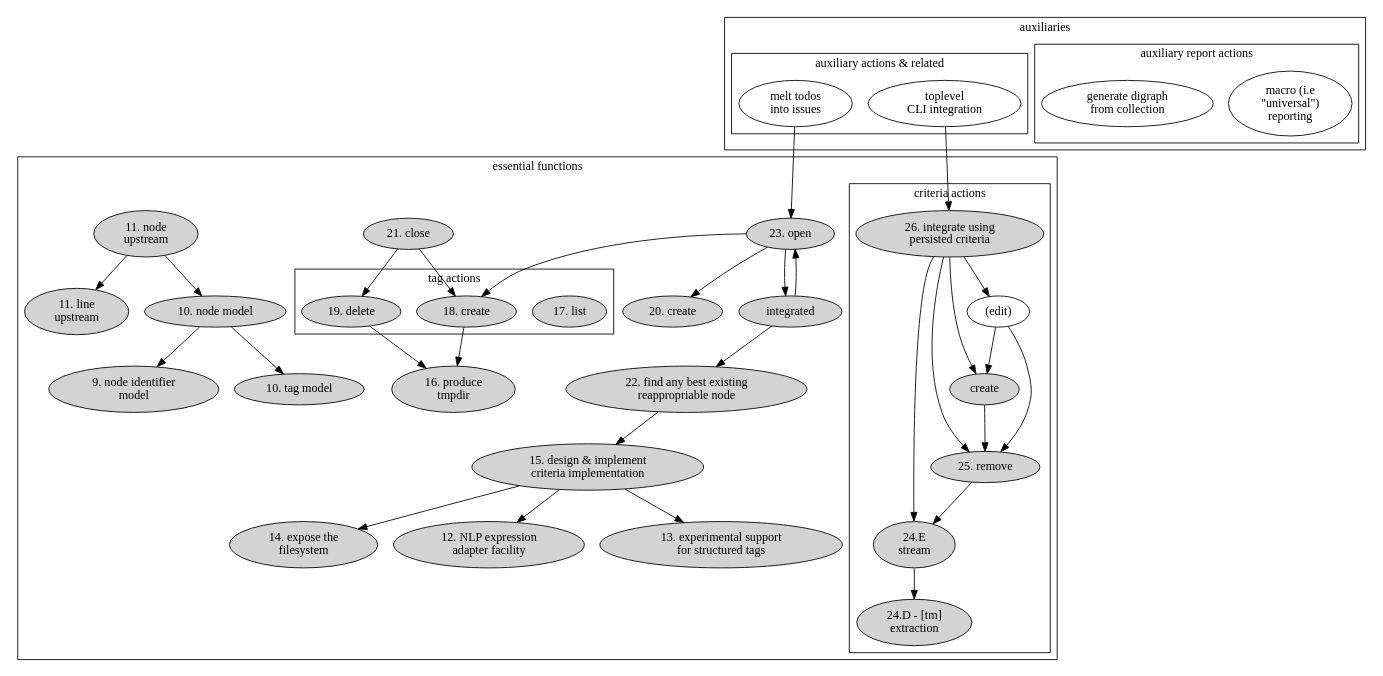
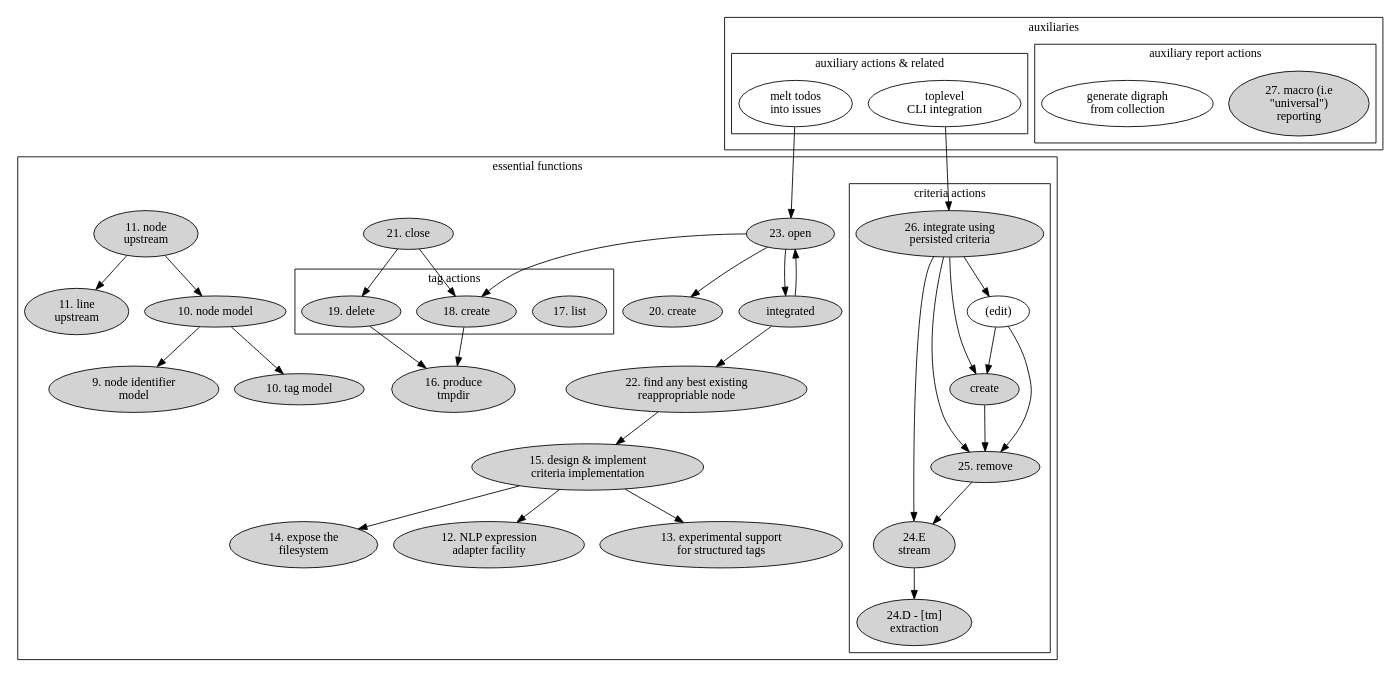
Before and after one commit to hipe/tmx: the diagram in lib/skylab/snag/doc/issues/038/component-digraph.dot, drawn with Graphviz. The commit also changed 14 other files, not shown here.

```diff
--- a/lib/skylab/snag/doc/issues/038/component-digraph.dot
+++ b/lib/skylab/snag/doc/issues/038/component-digraph.dot
@@ -1,104 +1,104 @@
 digraph {
 
 subgraph cluster_main {
 
   label="essential functions"
 
   subgraph cluster_tag_actions {
     label="tag actions"
     tl [label="17. list" style=filled]
     ta [label="18. create" style=filled]
     tr [label="19. delete" style=filled]
   }
 
   mr [label="26. integrate using\npersisted criteria" style=filled]
 
   subgraph cluster_criteria_actions {
 
     label="criteria actions"
 
     mr_abs [label="24.D - [tm]\nextraction" style=filled]
 
     mr_s [label="24.E\nstream" style=filled]
     mr_s->mr_abs
     mr->mr_s
 
     mr_r [label="25. remove" style=filled]
     mr->mr_r
     mr_r->mr_s
 
     mr_c [label="create" style=filled]
     mr->mr_c
     mr_c->mr_r
 
     mr_e [label="(edit)"]
     mr->mr_e
     mr_e->mr_r
     mr_e->mr_c
   }
 
   aa [label="23. open" style=filled]
   ca [label="21. close" style=filled]
   de [label="15. design & implement\ncriteria implementation" style=filled]
   FS [label="14. expose the\nfilesystem" style=filled]
   line_upstream [label="11. line\nupstream" style=filled]
   NLP_experiment [label="12. NLP expression\nadapter facility" style=filled]
   node_identifier_model [label="9. node identifier\nmodel" style=filled]
   node_model [label="10. node model" style=filled]
   node_upstream [label="11. node\nupstream" style=filled]
   oaa [label="20. create" style=filled]
   rea [label="integrated" style=filled]
   rea_actor [label="22. find any best existing\nreappropriable node", style=filled]
   stru [label="13. experimental support\nfor structured tags" style=filled]
   tag_model [label="10. tag model" style=filled]
   tmpdir [label="16. produce\ntmpdir" style=filled]
 
   aa->rea
   aa->ta
 
   ca->tr
   ca->ta
 
   rea->aa
   aa->oaa
   rea->rea_actor
 
   rea_actor->de
   de->NLP_experiment
   de->FS
   de->stru
 
   node_upstream -> line_upstream
   node_upstream -> node_model
 
   node_model -> node_identifier_model
   node_model -> tag_model
 
   tr->tmpdir
   ta->tmpdir
 
 }
 subgraph cluster_after {
 
   label="auxiliaries"
 
   subgraph cluster_reports {
 
     label="auxiliary report actions"
-    macro_rep [label="macro (i.e\n\"universal\")\nreporting"]
+    macro_rep [label="27. macro (i.e\n\"universal\")\nreporting" style=filled]
     digrah_ [label="generate digraph\nfrom collection"]
 
   }
 
   subgraph cluster_functions {
 
     label="auxiliary actions & related"
     melt [label="melt todos\ninto issues"]
     top_cli [label="toplevel\nCLI integration"]
     top_cli->mr
 
   }
 }
 
 melt->aa
 }
```
